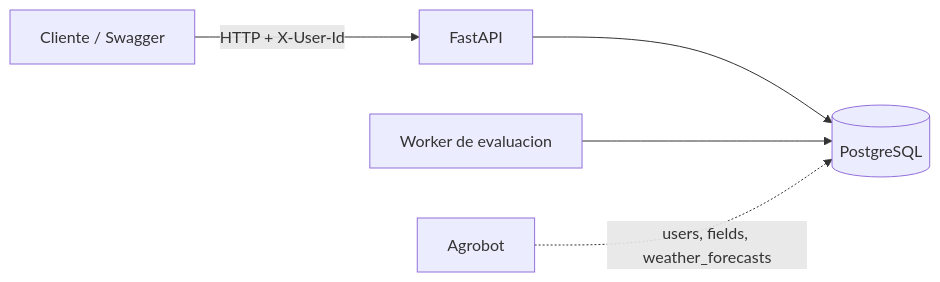
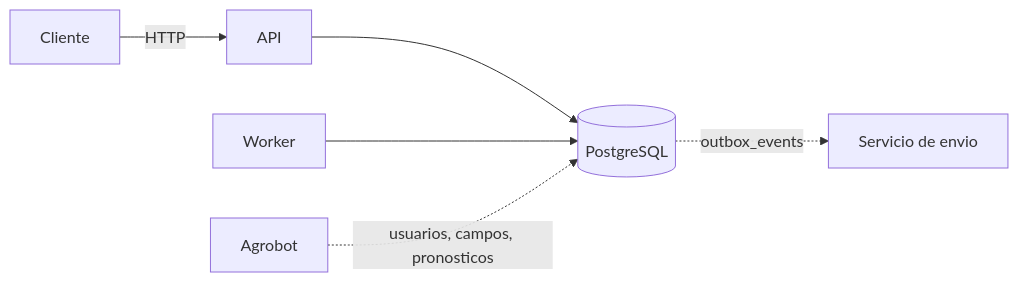
Before and after one commit to gbaudino/prueba-fielddata: the diagram in README.md, drawn with Mermaid. The commit also changed other lines of this file, not shown here.

Commit message:
docs: rewrite readme around api, outbox and decisions

````diff
--- a/README.md
+++ b/README.md
@@ -19,7 +17,8 @@
 ```mermaid
 flowchart LR
-    Client["Cliente / Swagger"] -->|"HTTP + X-User-Id"| API["FastAPI"]
+    Client["Cliente"] -->|"HTTP"| API["API"]
     API --> DB[("PostgreSQL")]
-    Worker["Worker de evaluacion"] --> DB
-    Agrobot["Agrobot"] -.->|"users, fields, weather_forecasts"| DB
+    Worker["Worker"] --> DB
+    Agrobot["Agrobot"] -.->|"usuarios, campos, pronosticos"| DB
+    DB -.->|"outbox_events"| Sender["Servicio de envio"]
 ```
````
